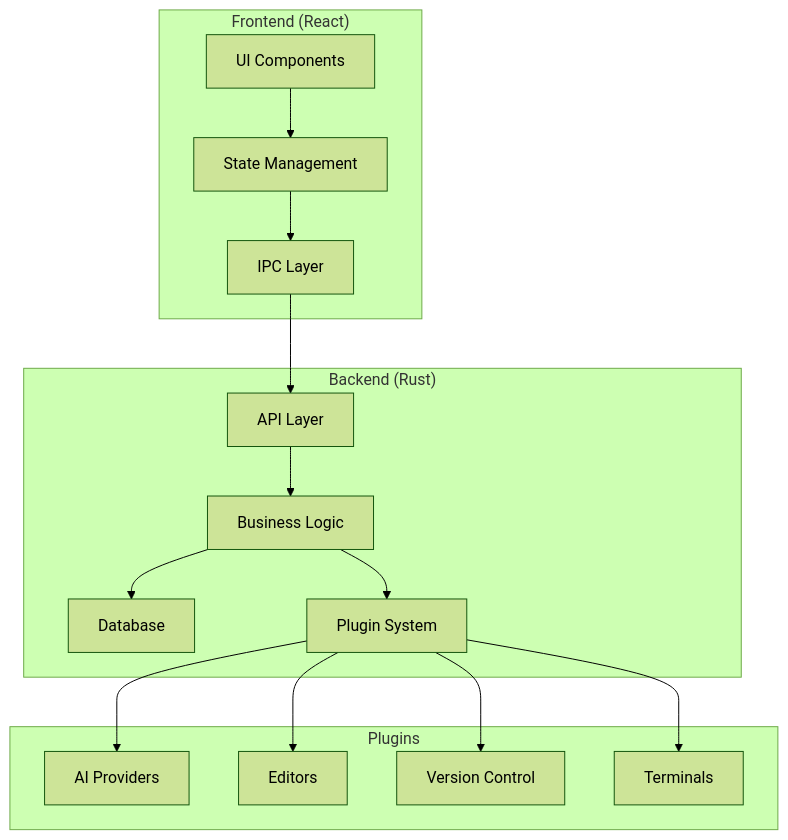
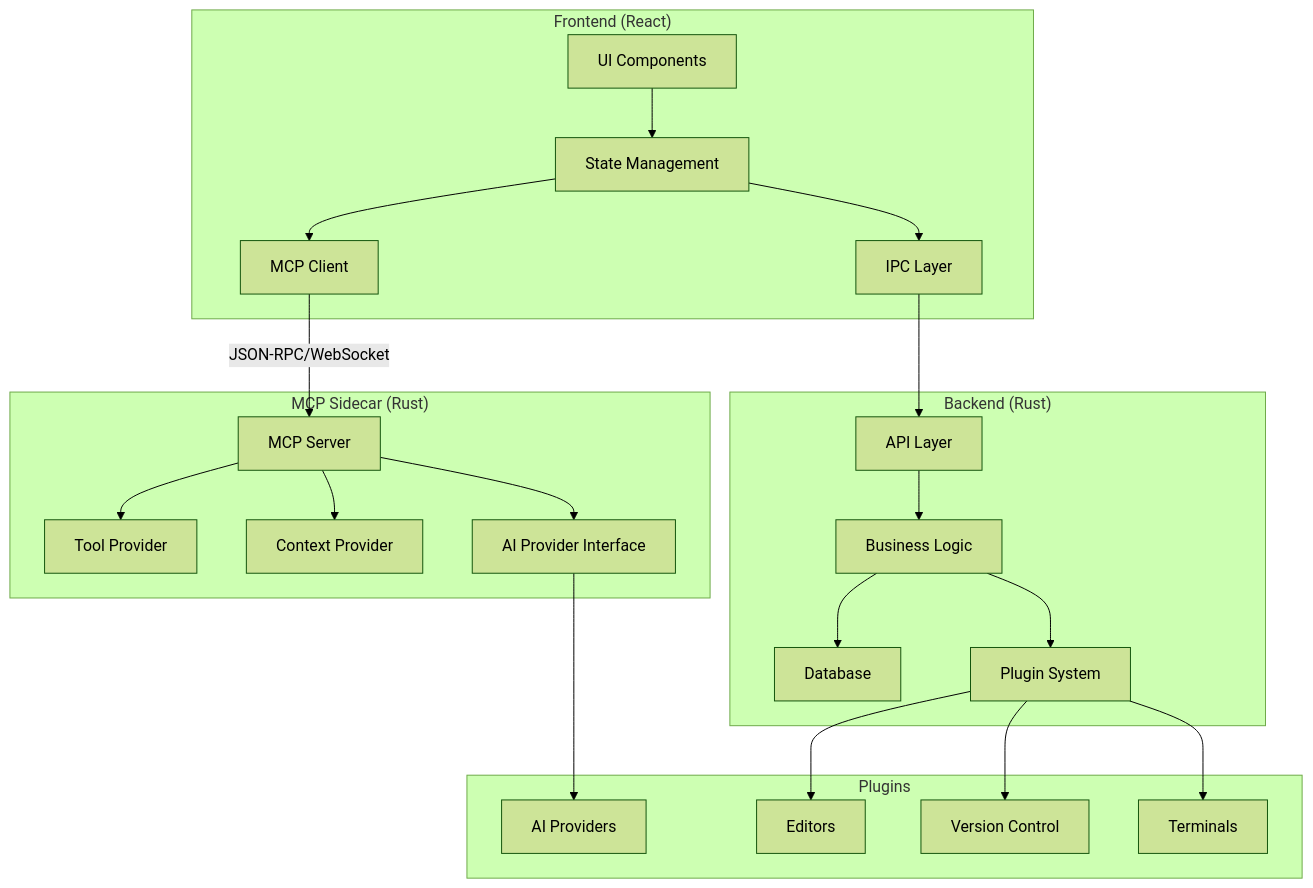
The first of 2 diagrams in REBUILD_PLAN.md (AudioGenius-ai/launchapp-studio), drawn with Mermaid (forest theme) before and after one commit. The commit also changed other lines of this file and 33 other files, not shown here.

````diff
--- a/REBUILD_PLAN.md
+++ b/REBUILD_PLAN.md
@@ -64,33 +182,46 @@
 ```mermaid
 graph TB
     subgraph "Frontend (React)"
         UI[UI Components]
         SM[State Management]
         IPC[IPC Layer]
+        MCC[MCP Client]
     end
     
     subgraph "Backend (Rust)"
         API[API Layer]
         BL[Business Logic]
         DB[Database]
         PS[Plugin System]
+    end
+    
+    subgraph "MCP Sidecar (Rust)"
+        MCP[MCP Server]
+        TP[Tool Provider]
+        CP[Context Provider]
+        AIP[AI Provider Interface]
     end
     
     subgraph "Plugins"
         AI[AI Providers]
         ED[Editors]
         VC[Version Control]
         TM[Terminals]
     end
     
     UI --> SM
     SM --> IPC
+    SM --> MCC
+    MCC -->|JSON-RPC/WebSocket| MCP
     IPC --> API
     API --> BL
     BL --> DB
     BL --> PS
-    PS --> AI
     PS --> ED
     PS --> VC
     PS --> TM
+    MCP --> TP
+    MCP --> CP
+    MCP --> AIP
+    AIP --> AI
 ```
````
